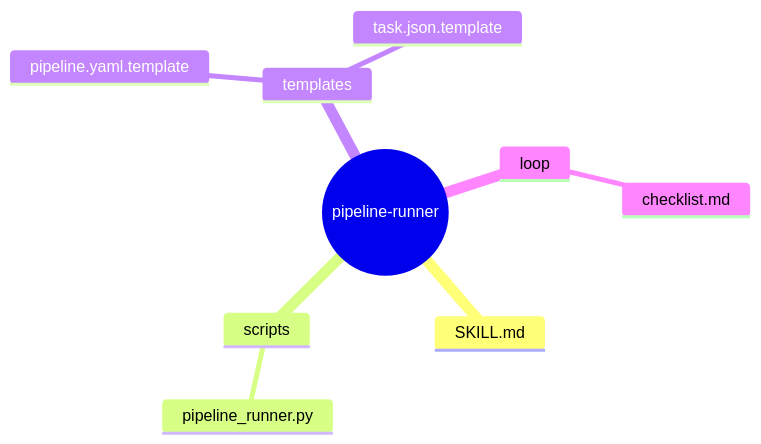
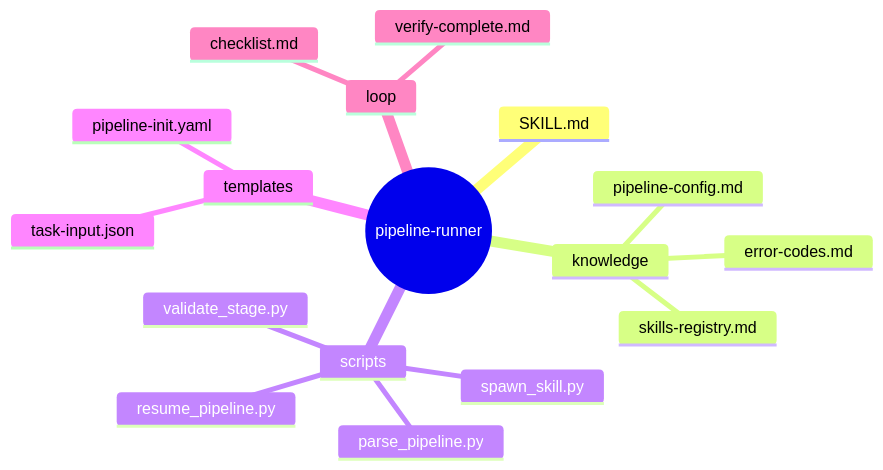
Before and after one commit to vuthuonghai-steve/KLTN-By_Thuong_Hai-Steve: the first of 3 diagrams in .skill-context/pipeline-runner/design.md, drawn with Mermaid. The commit also changed other lines of this file and 126 other files, not shown here.

````diff
--- a/.skill-context/pipeline-runner/design.md
+++ b/.skill-context/pipeline-runner/design.md
@@ -54,12 +95,20 @@
 ```mermaid
 mindmap
   root((pipeline-runner))
     SKILL.md
+    knowledge
+      pipeline-config.md
+      skills-registry.md
+      error-codes.md
     scripts
-      pipeline_runner.py
+      parse_pipeline.py
+      spawn_skill.py
+      validate_stage.py
+      resume_pipeline.py
     templates
-      pipeline.yaml.template
-      task.json.template
+      pipeline-init.yaml
+      task-input.json
     loop
       checklist.md
+      verify-complete.md
 ```
````
